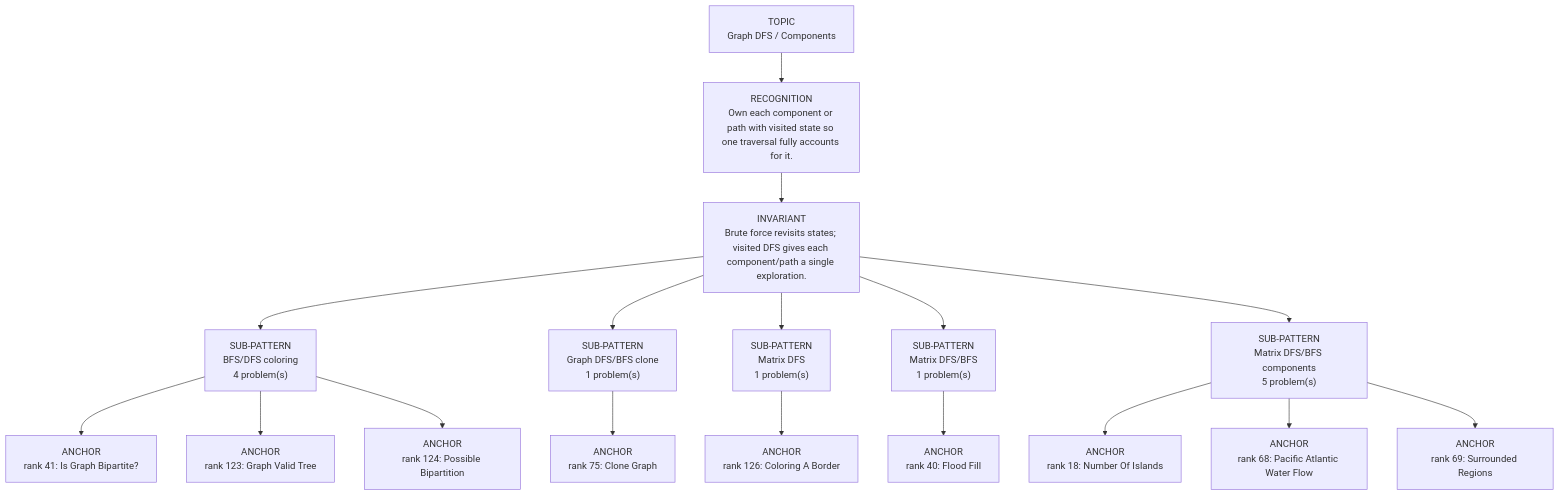
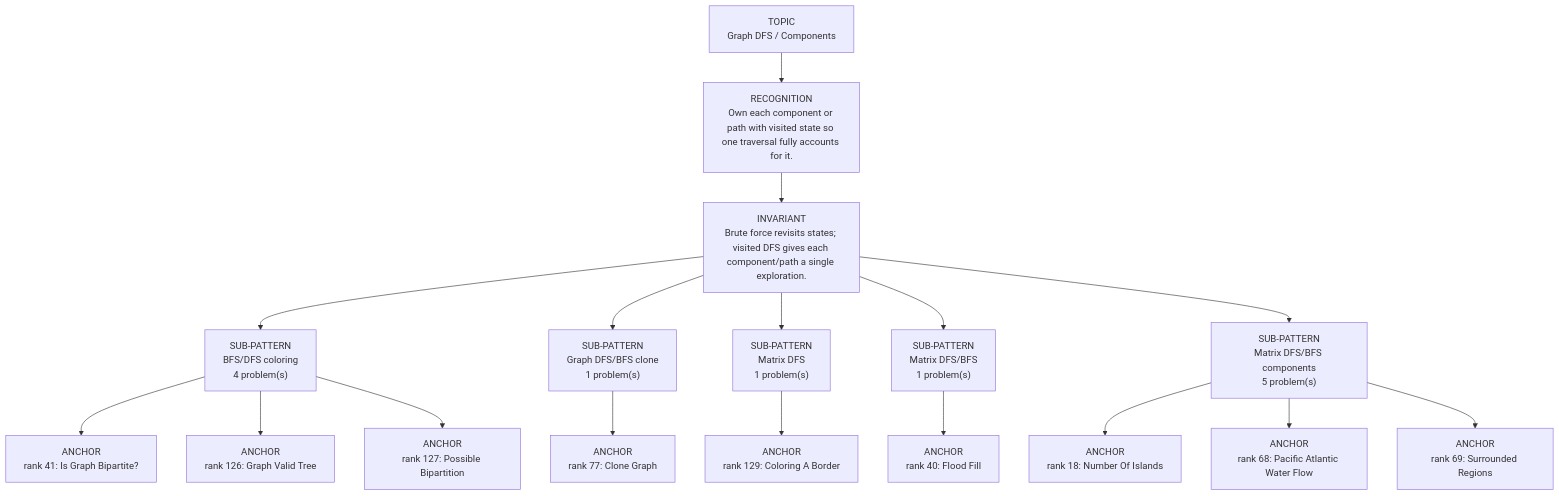
Before and after one commit to thechiranjeevjain/DSA10days: the diagram in dsa-review/interview/patterns/10_graph_dfs.md, drawn with Mermaid. The commit also changed other lines of this file and 51 other files, not shown here.

````diff
--- a/dsa-review/interview/patterns/10_graph_dfs.md
+++ b/dsa-review/interview/patterns/10_graph_dfs.md
@@ -15,21 +15,21 @@
 ```mermaid
 flowchart TD
   Topic["TOPIC<br/>Graph DFS / Components"]
   Recognition["RECOGNITION<br/>Own each component or path with visited state so one traversal fully accounts for it."]
   Invariant["INVARIANT<br/>Brute force revisits states; visited DFS gives each component/path a single exploration."]
   Topic --> Recognition --> Invariant
   Invariant --> Sub01["SUB-PATTERN<br/>BFS/DFS coloring<br/>4 problem(s)"]
   Sub01 --> Sub01A01["ANCHOR<br/>rank 41: Is Graph Bipartite?"]
-  Sub01 --> Sub01A02["ANCHOR<br/>rank 123: Graph Valid Tree"]
-  Sub01 --> Sub01A03["ANCHOR<br/>rank 124: Possible Bipartition"]
+  Sub01 --> Sub01A02["ANCHOR<br/>rank 126: Graph Valid Tree"]
+  Sub01 --> Sub01A03["ANCHOR<br/>rank 127: Possible Bipartition"]
   Invariant --> Sub02["SUB-PATTERN<br/>Graph DFS/BFS clone<br/>1 problem(s)"]
-  Sub02 --> Sub02A01["ANCHOR<br/>rank 75: Clone Graph"]
+  Sub02 --> Sub02A01["ANCHOR<br/>rank 77: Clone Graph"]
   Invariant --> Sub03["SUB-PATTERN<br/>Matrix DFS<br/>1 problem(s)"]
-  Sub03 --> Sub03A01["ANCHOR<br/>rank 126: Coloring A Border"]
+  Sub03 --> Sub03A01["ANCHOR<br/>rank 129: Coloring A Border"]
   Invariant --> Sub04["SUB-PATTERN<br/>Matrix DFS/BFS<br/>1 problem(s)"]
   Sub04 --> Sub04A01["ANCHOR<br/>rank 40: Flood Fill"]
   Invariant --> Sub05["SUB-PATTERN<br/>Matrix DFS/BFS components<br/>5 problem(s)"]
   Sub05 --> Sub05A01["ANCHOR<br/>rank 18: Number Of Islands"]
   Sub05 --> Sub05A02["ANCHOR<br/>rank 68: Pacific Atlantic Water Flow"]
   Sub05 --> Sub05A03["ANCHOR<br/>rank 69: Surrounded Regions"]
 ```
````
